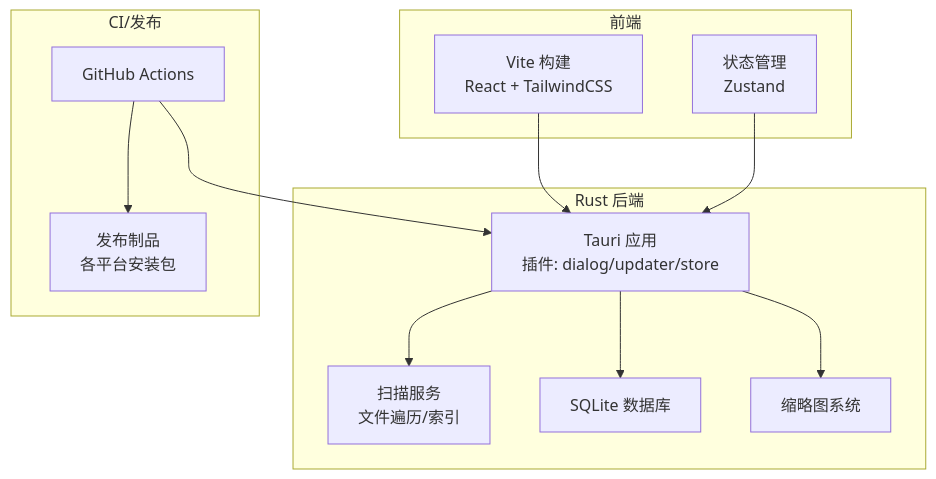
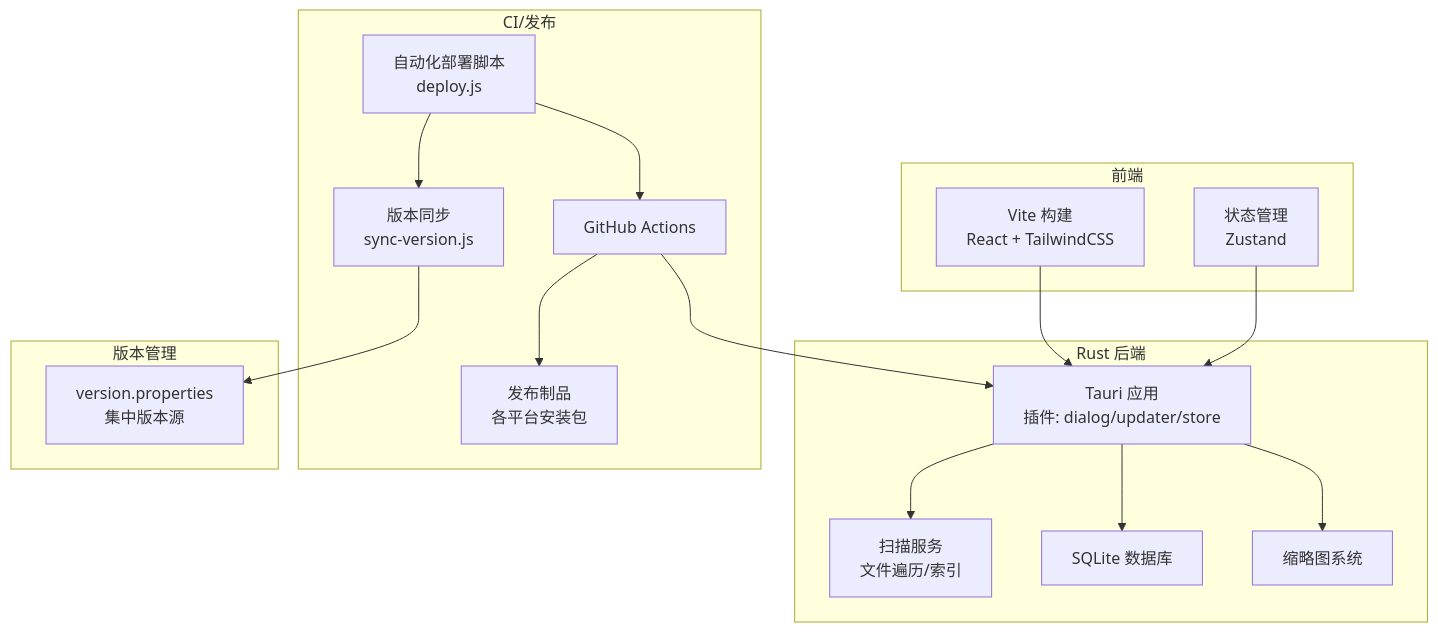
One commit to YLee9527/Medex changed the first of 6 diagrams in doc/repowiki/zh/content/部署与发布/部署与发布.md. Above: the diagram before and after it, drawn with Mermaid. The commit also changed other lines of this file and 31 other files, not shown here.

First line of the commit message:
docs(doc): 添加部署脚本、锁屏功能、发布指南及设置按钮图标文档

````diff
--- a/doc/repowiki/zh/content/部署与发布/部署与发布.md
+++ b/doc/repowiki/zh/content/部署与发布/部署与发布.md
@@ -42,24 +62,32 @@
 ```mermaid
 graph TB
 subgraph "前端"
 Vite["Vite 构建<br/>React + TailwindCSS"]
 Store["状态管理<br/>Zustand"]
 end
 subgraph "Rust 后端"
 Tauri["Tauri 应用<br/>插件: dialog/updater/store"]
 Scanner["扫描服务<br/>文件遍历/索引"]
 DB["SQLite 数据库"]
 Thumb["缩略图系统"]
 end
 subgraph "CI/发布"
 GH["GitHub Actions"]
 Assets["发布制品<br/>各平台安装包"]
+Deploy["自动化部署脚本<br/>deploy.js"]
+Sync["版本同步<br/>sync-version.js"]
+end
+subgraph "版本管理"
+VP["version.properties<br/>集中版本源"]
 end
 Vite --> Tauri
 Store --> Tauri
 Tauri --> Scanner
 Tauri --> DB
 Tauri --> Thumb
 GH --> Tauri
 GH --> Assets
+Deploy --> Sync
+Sync --> VP
+Deploy --> GH
 ```
````
